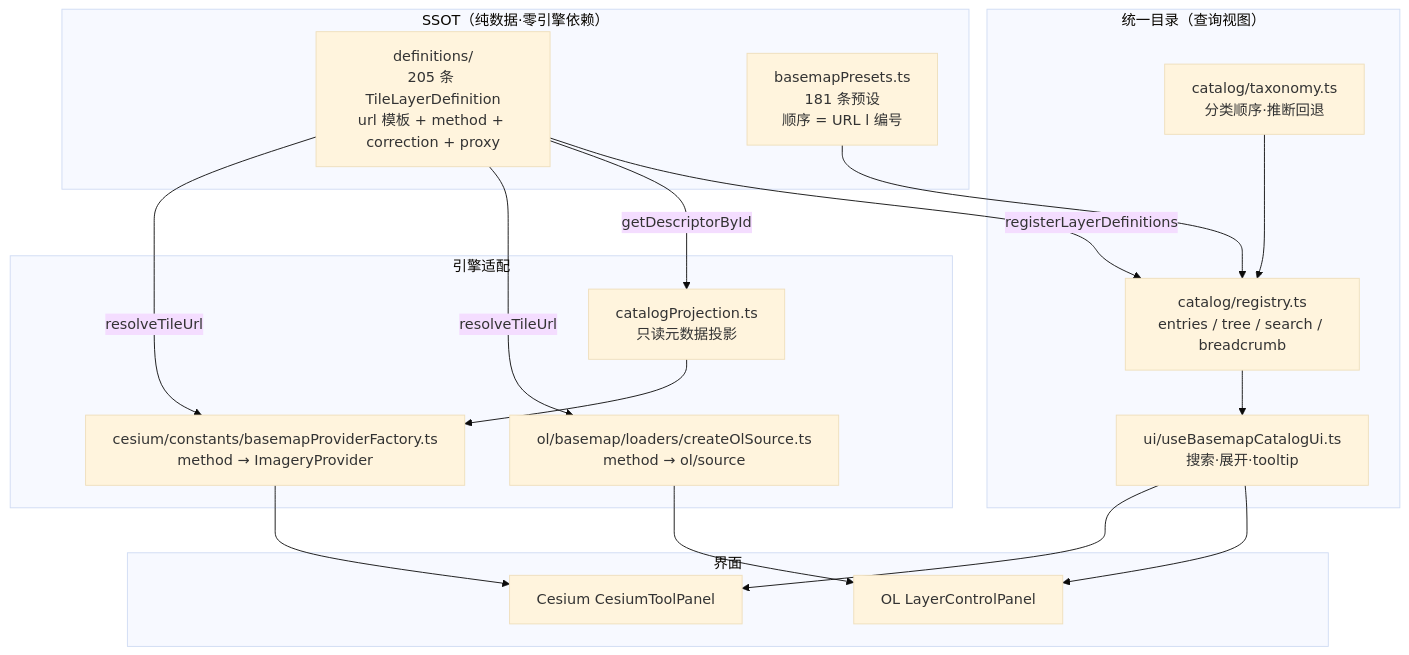
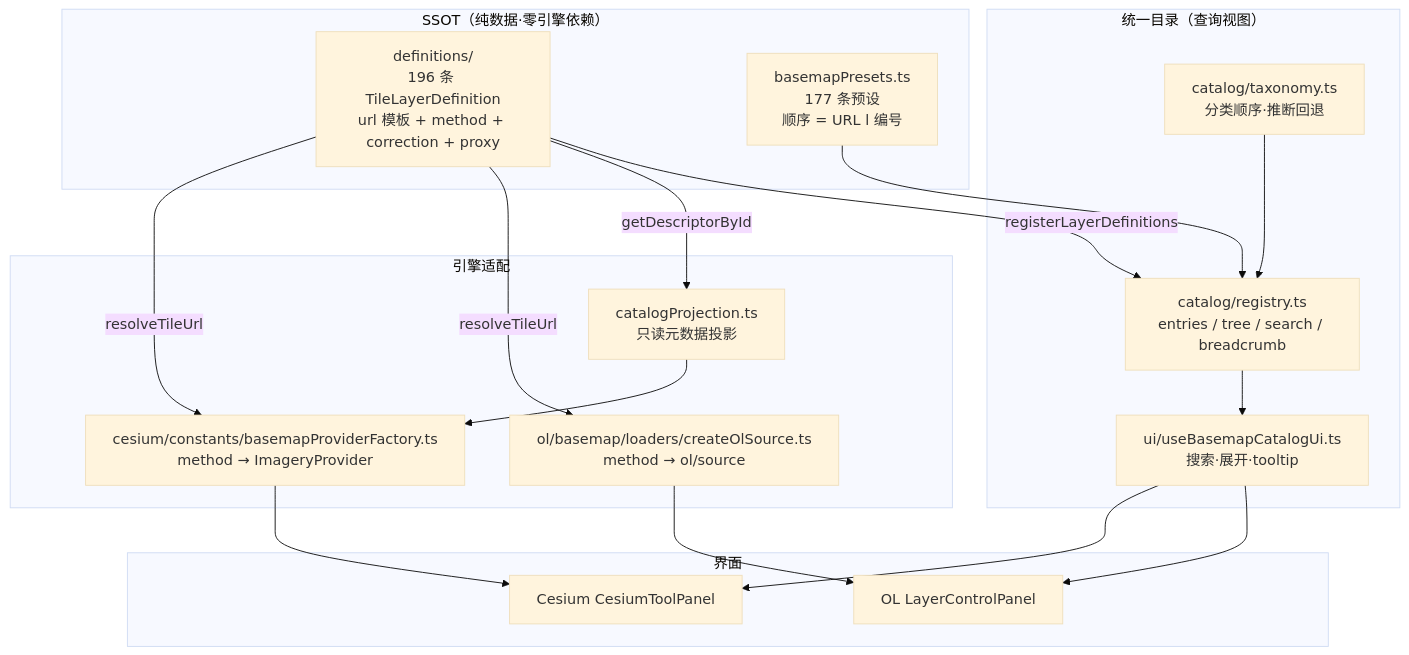
The first of 6 diagrams in Docs/Architecture/basemap-catalog-redesign.md (NEGIAO/WebGIS-Dev), drawn with Mermaid (base theme) before and after one commit. The commit also changed other lines of this file and 54 other files, not shown here.

First line of the commit message:
补充归档常用400+瓦片并补充访问key；涉及影像、电子地图、地形、历史影像、矢量瓦片等资源；底图能力大幅提高；

````diff
--- a/Docs/Architecture/basemap-catalog-redesign.md
+++ b/Docs/Architecture/basemap-catalog-redesign.md
@@ -33,37 +35,37 @@
 ```mermaid
 flowchart TB
     subgraph S["SSOT（纯数据·零引擎依赖）"]
-        DEF["definitions/<br/>205 条 TileLayerDefinition<br/>url 模板 + method + correction + proxy"]
-        PRE["basemapPresets.ts<br/>181 条预设<br/>顺序 = URL l 编号"]
+        DEF["definitions/<br/>196 条 TileLayerDefinition<br/>url 模板 + method + correction + proxy"]
+        PRE["basemapPresets.ts<br/>177 条预设<br/>顺序 = URL l 编号"]
     end
 
     subgraph C["统一目录（查询视图）"]
         REG["catalog/registry.ts<br/>entries / tree / search / breadcrumb"]
         TAX["catalog/taxonomy.ts<br/>分类顺序·推断回退"]
         UI["ui/useBasemapCatalogUi.ts<br/>搜索·展开·tooltip"]
     end
 
     subgraph E["引擎适配"]
         OL["ol/basemap/loaders/createOlSource.ts<br/>method → ol/source"]
         CS["cesium/constants/basemapProviderFactory.ts<br/>method → ImageryProvider"]
         PROJ["catalogProjection.ts<br/>只读元数据投影"]
     end
 
     subgraph V["界面"]
         LCP["OL LayerControlPanel"]
         CTP["Cesium CesiumToolPanel"]
     end
 
     DEF -->|registerLayerDefinitions| REG
     DEF -->|getDescriptorById| PROJ
     PRE --> REG
     TAX --> REG
     REG --> UI
     UI --> LCP
     UI --> CTP
     DEF -->|resolveTileUrl| OL
     DEF -->|resolveTileUrl| CS
     PROJ --> CS
     OL --> LCP
     CS --> CTP
 ```
````
